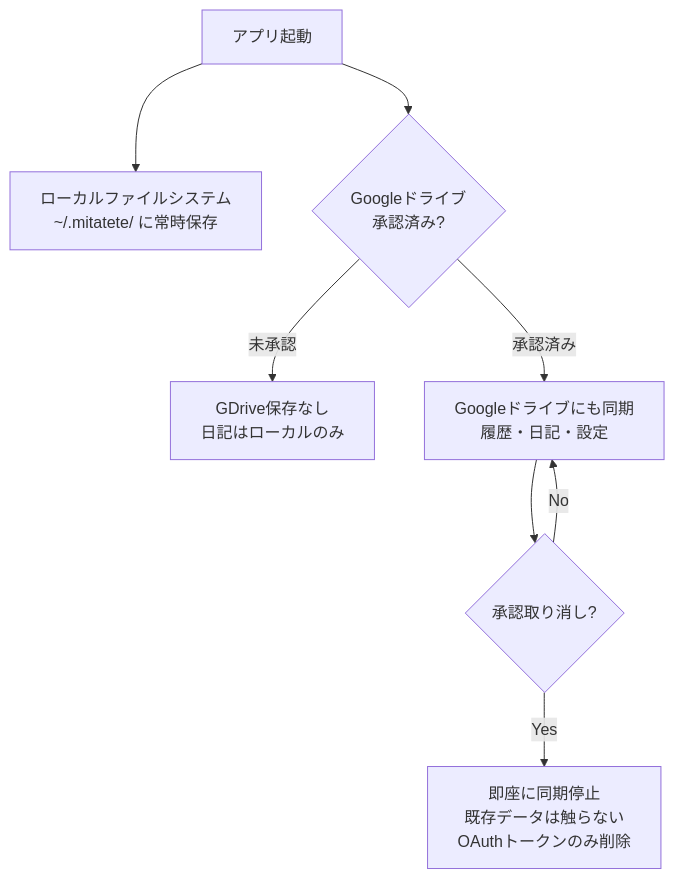
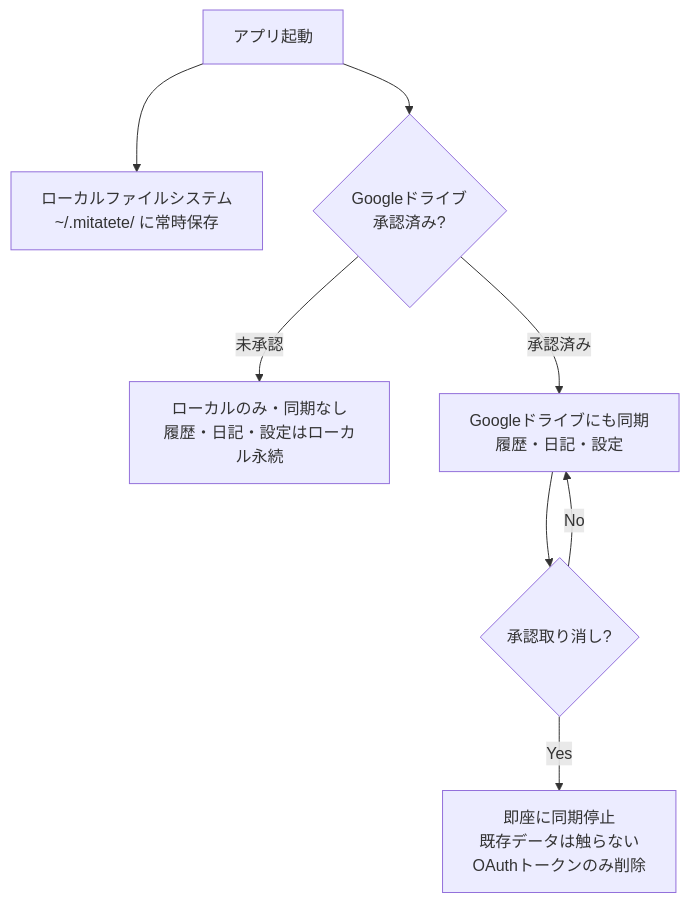
One commit to kumamoto-kouki/mitatete changed the diagram in .kiro/specs/storage-manager/spec.md. Above: the diagram before and after it, drawn with Mermaid. The commit also changed other lines of this file and 6 other files, not shown here.

````diff
--- a/.kiro/specs/storage-manager/spec.md
+++ b/.kiro/specs/storage-manager/spec.md
@@ -7,12 +7,12 @@
 ```mermaid
 flowchart TD
   START[アプリ起動] --> LOCAL[ローカルファイルシステム<br/>~/.mitatete/ に常時保存]
   START --> CHECK{Googleドライブ<br/>承認済み?}
 
-  CHECK -->|未承認| LOCALONLY[GDrive保存なし<br/>日記はローカルのみ]
+  CHECK -->|未承認| LOCALONLY[ローカルのみ・同期なし<br/>履歴・日記・設定はローカル永続]
   CHECK -->|承認済み| DRIVE[Googleドライブにも同期<br/>履歴・日記・設定]
 
   DRIVE --> REVOKE{承認取り消し?}
   REVOKE -->|Yes| STOP[即座に同期停止<br/>既存データは触らない<br/>OAuthトークンのみ削除]
   REVOKE -->|No| DRIVE
 ```
````
